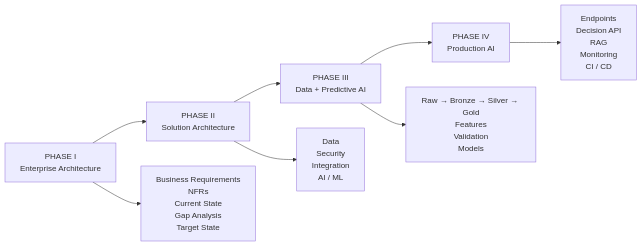
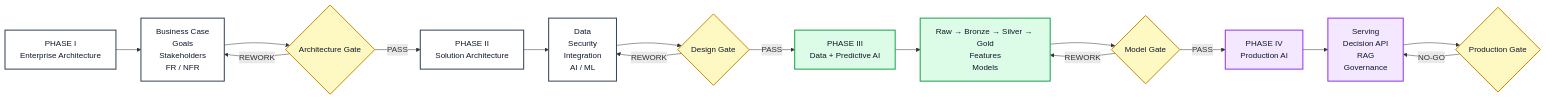
The fourth of 8 diagrams in README.md (DougMoore123/Velaqua-Water-intelligence-Platform), drawn with Mermaid before and after one commit. The commit also changed other lines of this file, not shown here.

````diff
--- a/README.md
+++ b/README.md
@@ -249,22 +703,45 @@
 ```mermaid
 flowchart LR
 
     P1["PHASE I<br/>Enterprise Architecture"]
     P2["PHASE II<br/>Solution Architecture"]
     P3["PHASE III<br/>Data + Predictive AI"]
     P4["PHASE IV<br/>Production AI"]
 
-    P1 --> P2
-    P2 --> P3
-    P3 --> P4
+    A1["Business Case<br/>Goals<br/>Stakeholders<br/>FR / NFR"]
+    A2["Data<br/>Security<br/>Integration<br/>AI / ML"]
+    A3["Raw → Bronze → Silver → Gold<br/>Features<br/>Models"]
+    A4["Serving<br/>Decision API<br/>RAG<br/>Governance"]
 
-    P1A["Business Requirements<br/>NFRs<br/>Current State<br/>Gap Analysis<br/>Target State"]
-    P2A["Data<br/>Security<br/>Integration<br/>AI / ML"]
-    P3A["Raw → Bronze → Silver → Gold<br/>Features<br/>Validation<br/>Models"]
-    P4A["Endpoints<br/>Decision API<br/>RAG<br/>Monitoring<br/>CI / CD"]
+    G1{"Architecture Gate"}
+    G2{"Design Gate"}
+    G3{"Model Gate"}
+    G4{"Production Gate"}
 
-    P1 --> P1A
-    P2 --> P2A
-    P3 --> P3A
-    P4 --> P4A
+    P1 --> A1 --> G1
+    G1 -->|PASS| P2
+
+    P2 --> A2 --> G2
+    G2 -->|PASS| P3
+
+    P3 --> A3 --> G3
+    G3 -->|PASS| P4
+
+    P4 --> A4 --> G4
+
+    G1 -->|REWORK| A1
+    G2 -->|REWORK| A2
+    G3 -->|REWORK| A3
+    G4 -->|NO-GO| A4
+
+    classDef human fill:#DBEAFE,stroke:#2563EB,color:#0F172A,stroke-width:2px;
+    classDef data fill:#DCFCE7,stroke:#16A34A,color:#0F172A,stroke-width:2px;
+    classDef ai fill:#F3E8FF,stroke:#9333EA,color:#0F172A,stroke-width:2px;
+    classDef decision fill:#FEF9C3,stroke:#CA8A04,color:#0F172A,stroke-width:2px;
+    classDef general fill:#FFFFFF,stroke:#334155,color:#0F172A,stroke-width:2px;
+
+    class P1,P2,A1,A2 general;
+    class P3,A3 data;
+    class P4,A4 ai;
+    class G1,G2,G3,G4 decision;
 ```
````
